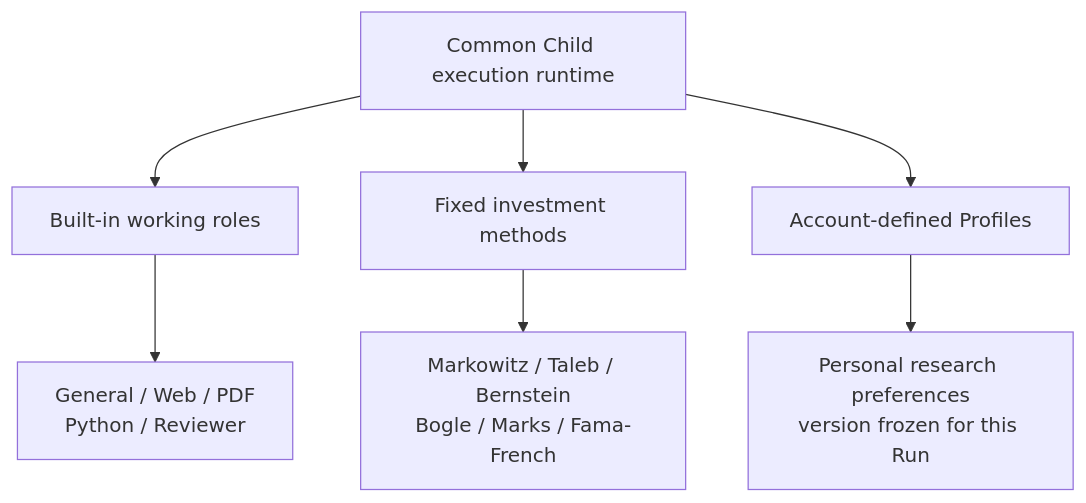
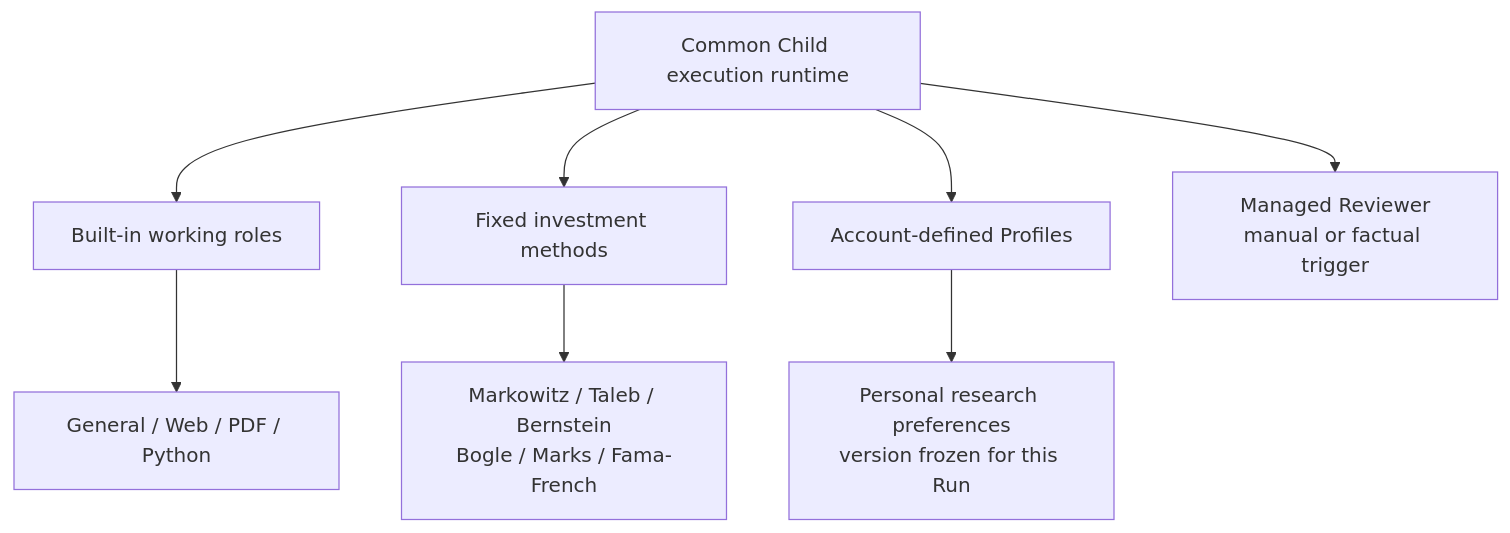
The first of 4 diagrams in en/articles/agent-subagent-context-specialization.md (hpoenixf/eff-agent-article), drawn with Mermaid before and after one commit. The commit also changed other lines of this file, not shown here.

````diff
--- a/en/articles/agent-subagent-context-specialization.md
+++ b/en/articles/agent-subagent-context-specialization.md
@@ -27,16 +27,18 @@
 ```mermaid
 flowchart TD
     Runtime["Common Child execution runtime"]
     Builtin["Built-in working roles"]
     Methods["Fixed investment methods"]
     Custom["Account-defined Profiles"]
-    Roles["General / Web / PDF<br/>Python / Reviewer"]
+    Roles["General / Web / PDF / Python"]
     Invest["Markowitz / Taleb / Bernstein<br/>Bogle / Marks / Fama-French"]
     User["Personal research preferences<br/>version frozen for this Run"]
+    Managed["Managed Reviewer<br/>manual or factual trigger"]
+    Runtime --> Managed
     Runtime --> Builtin
     Runtime --> Methods
     Runtime --> Custom
     Builtin --> Roles
     Methods --> Invest
     Custom --> User
 ```
````
